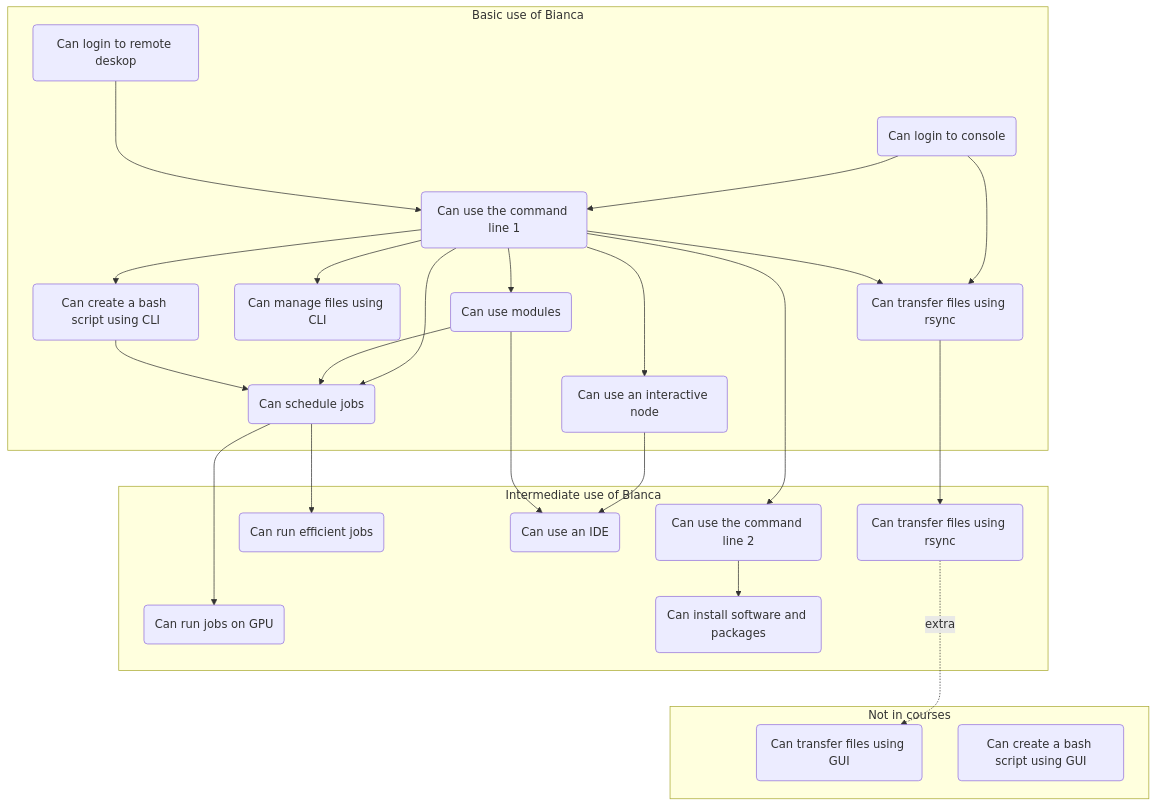
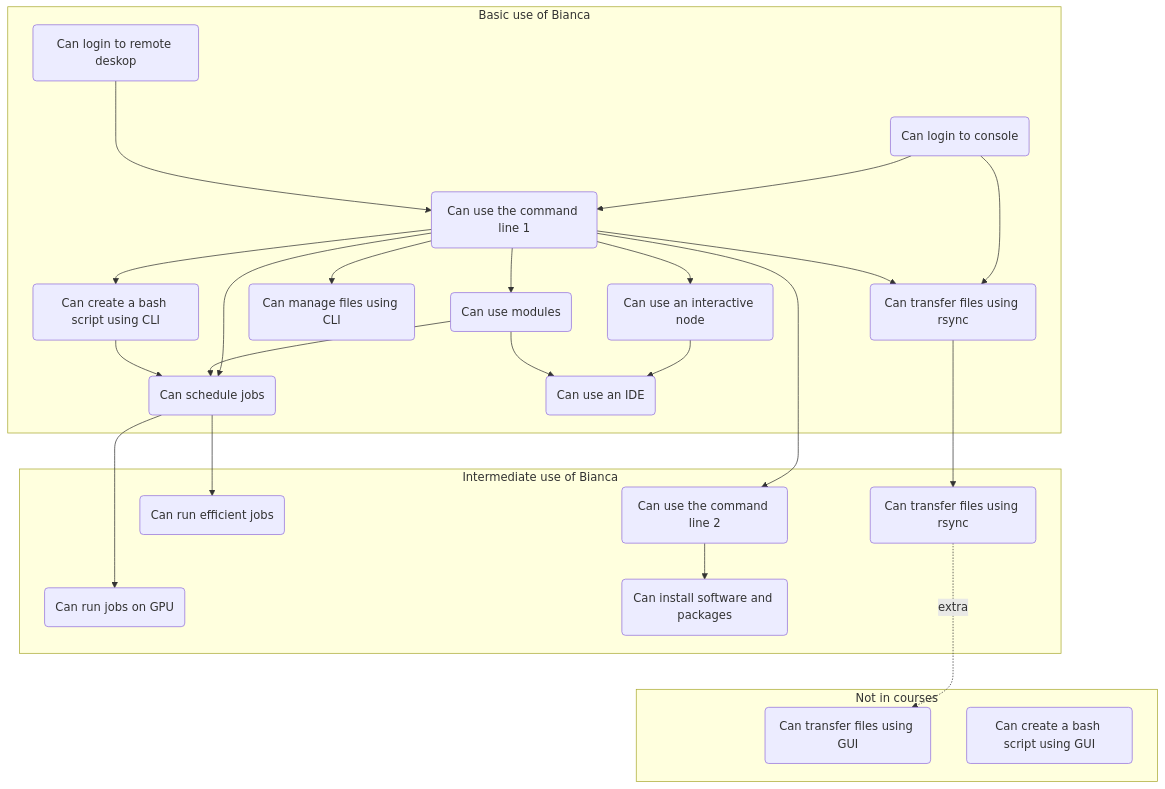
The diagram in docs/intermediate/intro.md (UPPMAX/bianca_workshops), drawn with Mermaid before and after one commit. The commit also changed other lines of this file and 1 other file, not shown here.

Commit message:
IDE is in basic course

````diff
--- a/docs/intermediate/intro.md
+++ b/docs/intermediate/intro.md
@@ -53,69 +53,69 @@
 ```mermaid
 flowchart TD
 
     subgraph sub_basic_use["Basic use of Bianca"]
       can_login_to_remove_desktop(Can login to remote deskop)
       can_login_to_console(Can login to console)
       can_use_command_line_1(Can use the command line 1)
       can_use_modules(Can use modules)
       can_use_interactive_node(Can use an interactive node)
       can_manage_files_using_cli(Can manage files using CLI)
       can_tranfer_files_using_rsync(Can transfer files using rsync)
       can_schedule_jobs(Can schedule jobs)
       can_create_bash_script_using_cli(Can create a bash script using CLI)
+      can_use_ide(Can use an IDE)
     end
 
     subgraph sub_intermediate_use["Intermediate use of Bianca"]
       can_use_command_line_2(Can use the command line 2)
       can_run_efficient_jobs(Can run efficient jobs)
       can_run_jobs_on_gpu(Can run jobs on GPU)
-      can_use_ide(Can use an IDE)
       can_tranfer_files_using_rsync2(Can transfer files using rsync)
       can_install(Can install software and packages)
     end
 
     subgraph sub_non_goal["Not in courses"]
       can_tranfer_files_using_gui(Can transfer files using GUI)
       can_create_bash_script_using_gui(Can create a bash script using GUI)
     end
 
 
     %% Basic
     can_login_to_console --> can_tranfer_files_using_rsync
     can_login_to_console --> can_use_command_line_1
     can_login_to_remove_desktop ---> can_use_command_line_1
     can_use_command_line_1 --> can_use_modules
     can_use_command_line_1 --> can_use_interactive_node
     can_use_command_line_1 --> can_use_command_line_2
     can_use_command_line_1 --> can_create_bash_script_using_cli
     can_use_command_line_1 --> can_schedule_jobs
     can_use_command_line_1 --> can_manage_files_using_cli
     can_use_command_line_1 --> can_tranfer_files_using_rsync
     can_use_modules --> can_schedule_jobs
     can_create_bash_script_using_cli --> can_schedule_jobs
+    can_use_interactive_node --> can_use_ide
+    can_use_modules --> can_use_ide
 
     %% Basic -> Intermediate
     can_tranfer_files_using_rsync --> can_tranfer_files_using_rsync2
     can_schedule_jobs --> can_run_efficient_jobs
     can_schedule_jobs ---> can_run_jobs_on_gpu
-    can_use_interactive_node --> can_use_ide
-    can_use_modules --> can_use_ide
     can_tranfer_files_using_rsync2 -.-> |extra| can_tranfer_files_using_gui
 
     %% Make sure Intermediate is below Basic,
     %% using invisible nodes
     can_schedule_jobs ~~~ can_use_command_line_2
 
     %% Intermediate
     can_use_command_line_2 --> can_install
 
     %% Basic -> None
     %% can_login_to_remove_desktop ---> can_tranfer_files_using_gui
     %% can_tranfer_files_using_gui --> can_use_custom_software
     %% can_login_to_remove_desktop ---> can_create_bash_script_using_gui
     %% can_create_bash_script_using_gui --> can_schedule_jobs
 
     %% Make sure Non-goals is below Intermediat,
     %% using invisible nodes
     can_install ~~~ can_tranfer_files_using_gui
 ```
````
